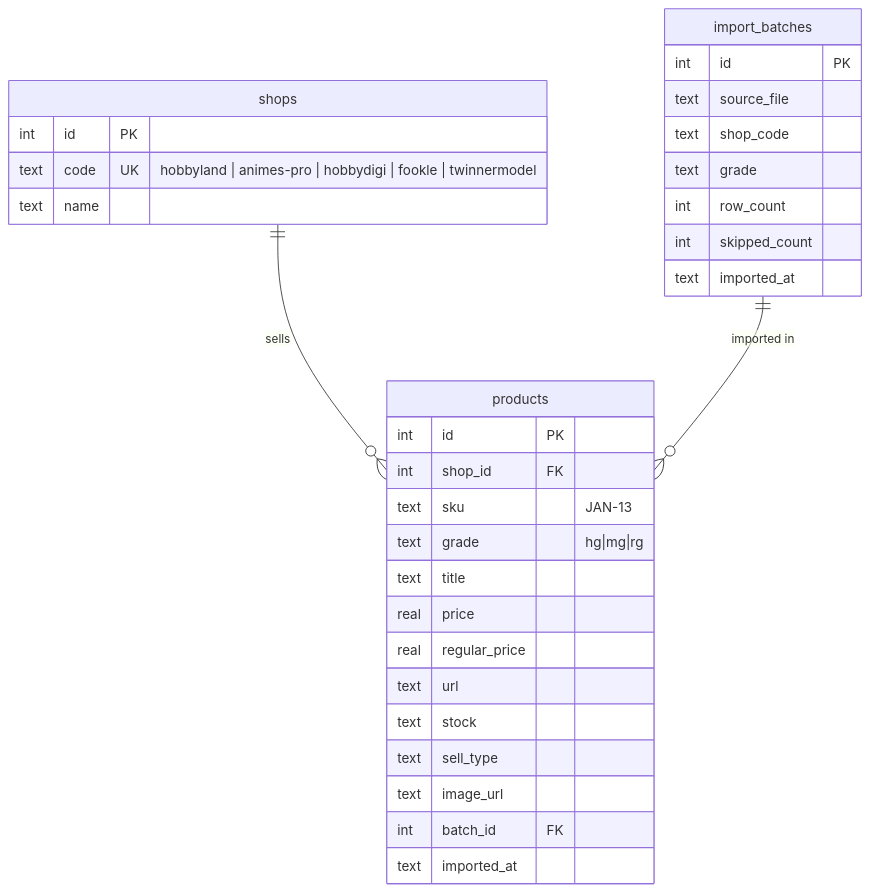
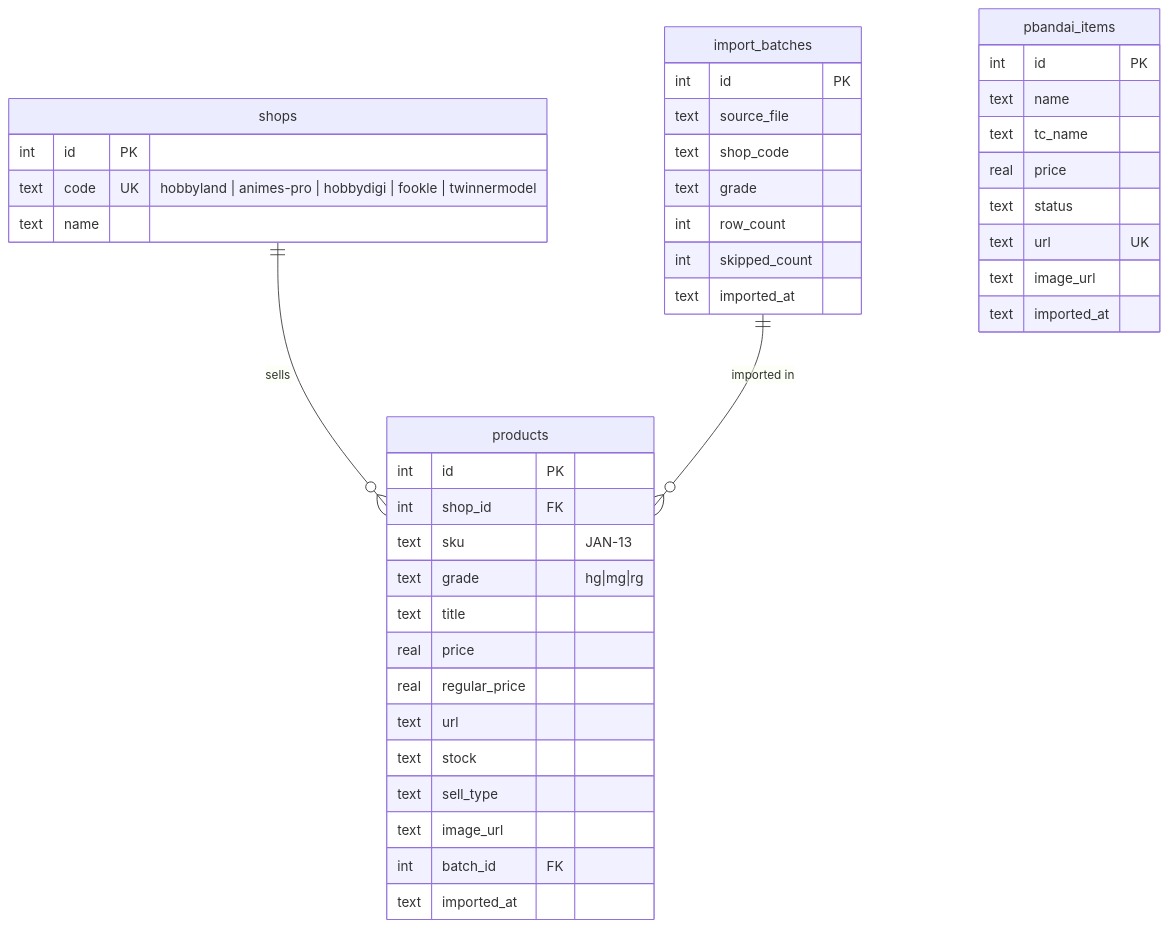
The sixth of 7 diagrams in docs/ARCHITECTURE.md (jakwong1981/hobbyland), drawn with Mermaid before and after one commit. The commit also changed other lines of this file and 31 other files, not shown here.

````diff
--- a/docs/ARCHITECTURE.md
+++ b/docs/ARCHITECTURE.md
@@ -142,34 +142,44 @@
 ```mermaid
 erDiagram
     shops ||--o{ products : sells
     import_batches ||--o{ products : "imported in"
     shops {
         int id PK
         text code UK "hobbyland | animes-pro | hobbydigi | fookle | twinnermodel"
         text name
     }
     import_batches {
         int id PK
         text source_file
         text shop_code
         text grade
         int row_count
         int skipped_count
         text imported_at
     }
     products {
         int id PK
         int shop_id FK
         text sku "JAN-13"
         text grade "hg|mg|rg"
         text title
         real price
         real regular_price
         text url
         text stock
         text sell_type
         text image_url
         int batch_id FK
         text imported_at
     }
+    pbandai_items {
+        int id PK
+        text name
+        text tc_name
+        real price
+        text status
+        text url UK
+        text image_url
+        text imported_at
+    }
 ```
````
